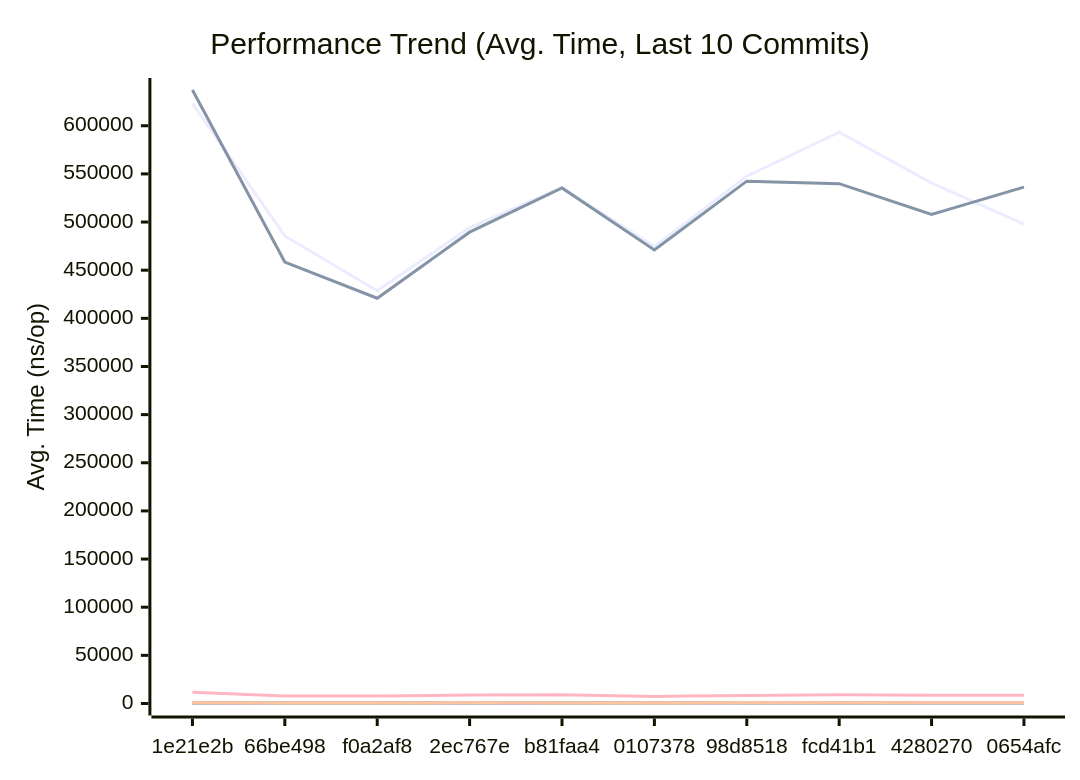
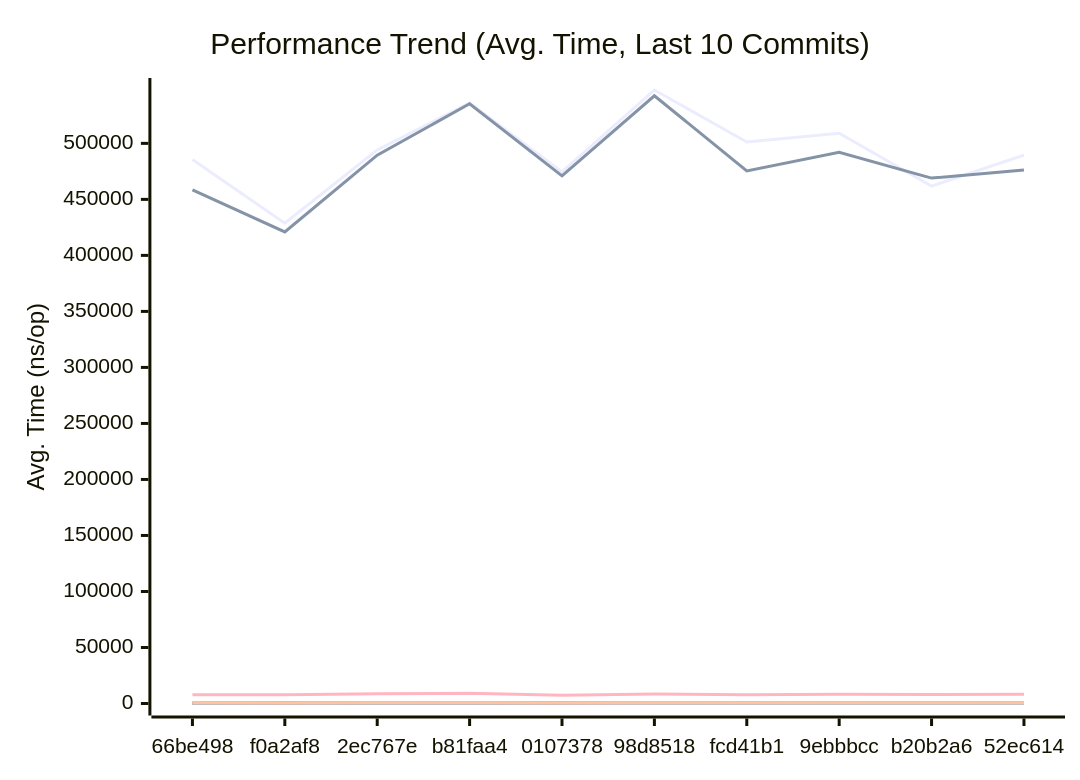
Before and after one commit to alsotoes/momo: the first of 3 diagrams in docs/PERFORMANCE.md, drawn with Mermaid. The commit also changed other lines of this file and 1 other file, not shown here.

````diff
--- a/docs/PERFORMANCE.md
+++ b/docs/PERFORMANCE.md
@@ -145,20 +145,20 @@
 ```mermaid
 xychart-beta
     title "Performance Trend (Avg. Time, Last 10 Commits)"
     x-axis "Commit"
     y-axis "Avg. Time (ns/op)"
-    x-axis [1e21e2b,66be498,f0a2af8,2ec767e,b81faa4,0107378,98d8518,fcd41b1,4280270,0654afc]
-    line "AWSChunkedReaderSigned" [623314,485586,428699,494161,536055,474487,547638,593420,540561,497756]
-    line "AWSChunkedReaderUnsigned" [637133,458443,420916,489488,535372,470934,542477,539873,507878,536306]
-    line "CheckMetricsAndSwap" [13,9,8,8,11,8,9,11,10,10]
-    line "CrushOptimized" [419,355,342,351,359,357,366,358,402,380]
-    line "CrushOriginal" [628,459,465,587,501,444,519,560,494,478]
-    line "IndexDirectTracking" [1,0,0,0,0,0,0,0,1,0]
+    x-axis [66be498,f0a2af8,2ec767e,b81faa4,0107378,98d8518,fcd41b1,9ebbbcc,b20b2a6,52ec614]
+    line "AWSChunkedReaderSigned" [485586,428699,494161,536055,474487,547638,501193,509071,461874,489489]
+    line "AWSChunkedReaderUnsigned" [458443,420916,489488,535372,470934,542477,475383,492103,469009,476121]
+    line "CheckMetricsAndSwap" [9,8,8,11,8,9,8,10,11,10]
+    line "CrushOptimized" [355,342,351,359,357,366,378,382,341,361]
+    line "CrushOriginal" [459,465,587,501,444,519,462,546,467,474]
+    line "IndexDirectTracking" [0,0,0,0,0,0,0,0,0,0]
     line "IndexSearch" [3,3,3,3,3,3,3,3,3,3]
-    line "LoadGlobalConfig" [11680,7877,7811,8699,9154,7311,8381,9076,8636,8451]
-    line "PadString" [64,43,49,49,50,41,54,51,52,54]
+    line "LoadGlobalConfig" [7877,7811,8699,9154,7311,8381,7902,8218,8010,8306]
+    line "PadString" [43,49,49,50,41,54,44,44,47,44]
     line "ParseReplicationOrder_NoPrealloc" [350,349,357,354,345,225,229,165,232,234]
     line "ParseReplicationOrder_Prealloc" [229,231,237,234,229,108,107,80,110,109]
-    line "SanitizeLog/Safe" [585,444,426,532,520,440,468,493,456,452]
-    line "SanitizeLog/Unsafe" [794,568,519,657,616,544,677,712,678,679]
+    line "SanitizeLog/Safe" [444,426,532,520,440,468,490,508,542,444]
+    line "SanitizeLog/Unsafe" [568,519,657,616,544,677,581,581,596,641]
 ```
````
